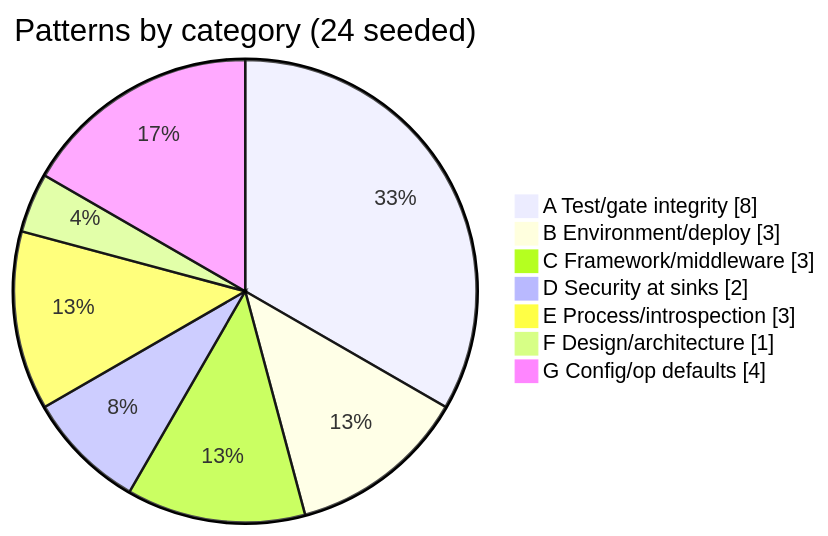
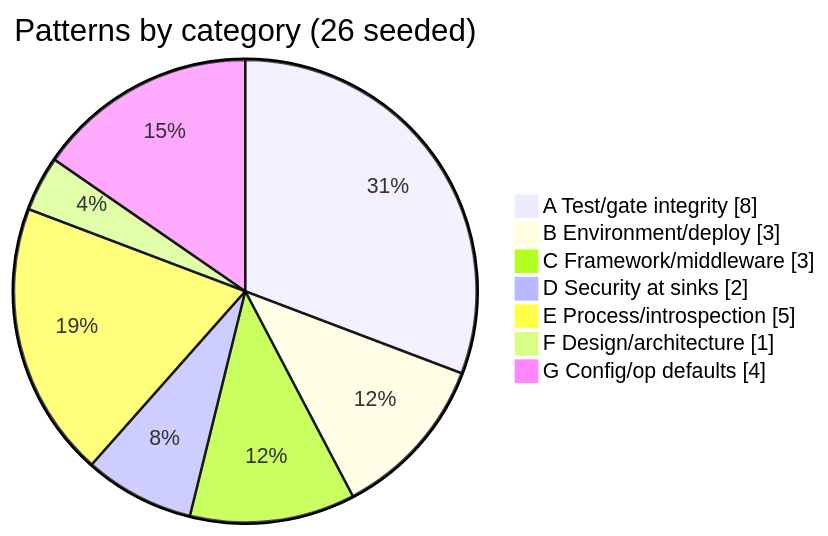
One commit to pranems/SCIMServer changed the second of 2 diagrams in docs/strategy/ENGINEERING_LESSONS_AND_PATTERNS.md. Above: the diagram before and after it, drawn with Mermaid. The commit also changed other lines of this file and 8 other files, not shown here.

````diff
--- a/docs/strategy/ENGINEERING_LESSONS_AND_PATTERNS.md
+++ b/docs/strategy/ENGINEERING_LESSONS_AND_PATTERNS.md
@@ -92,11 +92,11 @@
 ```mermaid
 pie showData
-    title Patterns by category (24 seeded)
+    title Patterns by category (26 seeded)
     "A Test/gate integrity" : 8
     "B Environment/deploy" : 3
     "C Framework/middleware" : 3
     "D Security at sinks" : 2
-    "E Process/introspection" : 3
+    "E Process/introspection" : 5
     "F Design/architecture" : 1
     "G Config/op defaults" : 4
 ```
````
